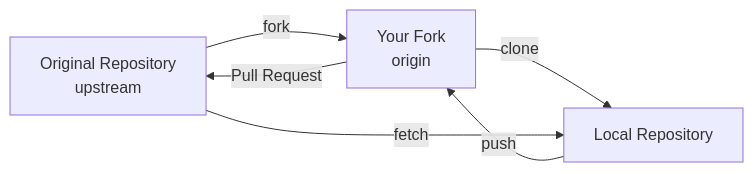
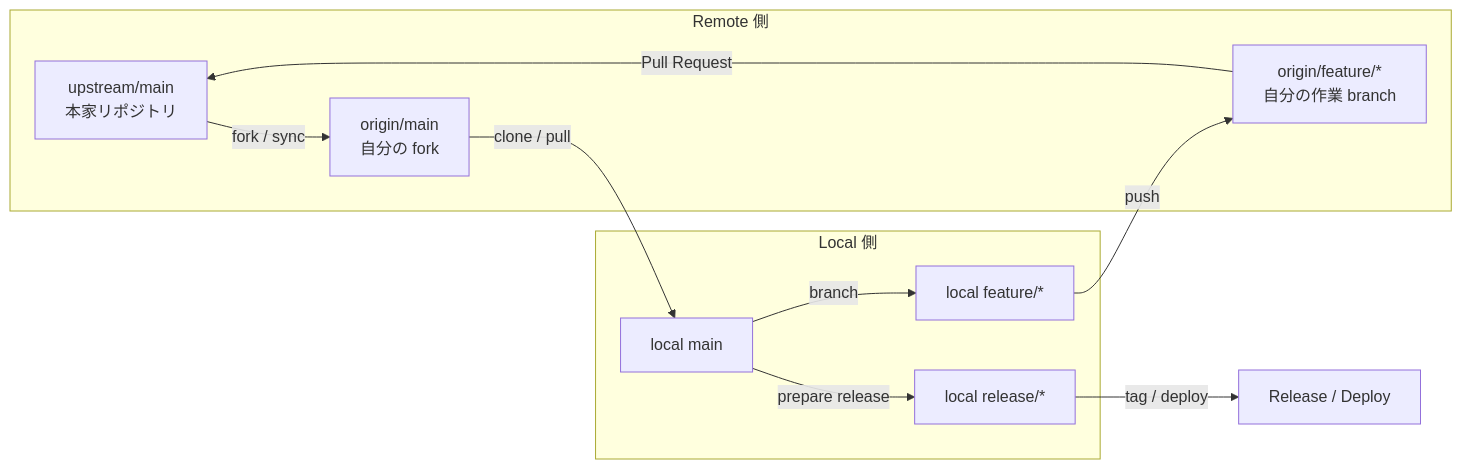
The diagram in docs/03-collaboration-patterns/05-fork-upstream-visual-guide.md (duwenji/github-copilot-practical-workflows-tutorial), drawn with Mermaid before and after one commit. The commit also changed other lines of this file and 19 other files, not shown here.

````diff
--- a/docs/03-collaboration-patterns/05-fork-upstream-visual-guide.md
+++ b/docs/03-collaboration-patterns/05-fork-upstream-visual-guide.md
@@ -3,8 +5,24 @@
 ```mermaid
 flowchart LR
-    A[Original Repository<br/>upstream] -->|fork| B[Your Fork<br/>origin]
-    B -->|clone| C[Local Repository]
-    A -->|fetch| C
-    C -->|push| B
-    B -->|Pull Request| A
+    subgraph Remote["Remote 側"]
+        U["upstream/main<br/>本家リポジトリ"]
+        OM["origin/main<br/>自分の fork"]
+        OF["origin/feature/*<br/>自分の作業 branch"]
+    end
+
+    subgraph Local["Local 側"]
+        LM["local main"]
+        LF["local feature/*"]
+        LR["local release/*"]
+    end
+
+    REL["Release / Deploy"]
+
+    U -->|fork / sync| OM
+    OM -->|clone / pull| LM
+    LM -->|branch| LF
+    LF -->|push| OF
+    OF -->|Pull Request| U
+    LM -->|prepare release| LR
+    LR -->|tag / deploy| REL
 ```
````
